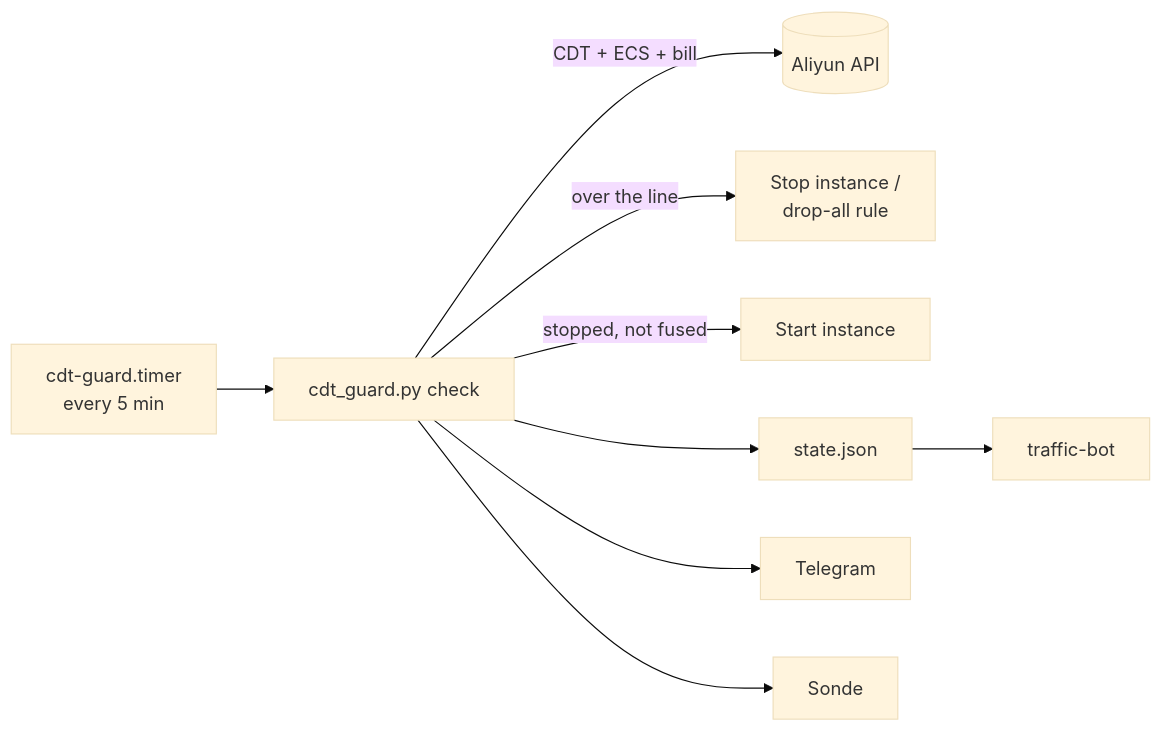
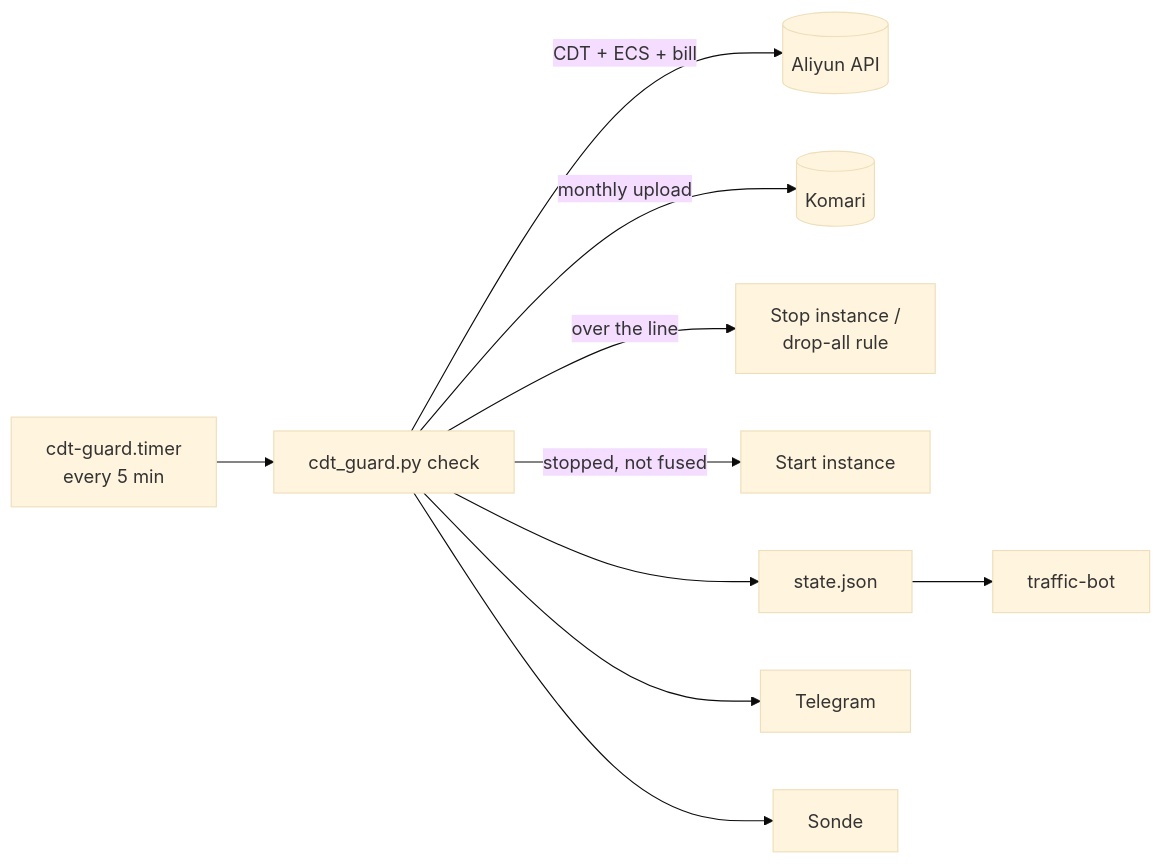
The diagram in CDT-Management/README.md (10ta/scripts-de-moi), drawn with Mermaid (base theme) before and after one commit. The commit also changed other lines of this file and 13 other files, not shown here.

````diff
--- a/CDT-Management/README.md
+++ b/CDT-Management/README.md
@@ -180,10 +194,11 @@
 ```mermaid
 flowchart LR
   T[cdt-guard.timer<br/>every 5 min] --> C[cdt_guard.py check]
   C -->|CDT + ECS + bill| A[(Aliyun API)]
+  C -->|monthly upload| K[(Komari)]
   C -->|over the line| S[Stop instance /<br/>drop-all rule]
   C -->|stopped, not fused| R[Start instance]
   C --> F[state.json]
   F --> B[traffic-bot]
   C --> TG[Telegram] & SO[Sonde]
 ```
````
